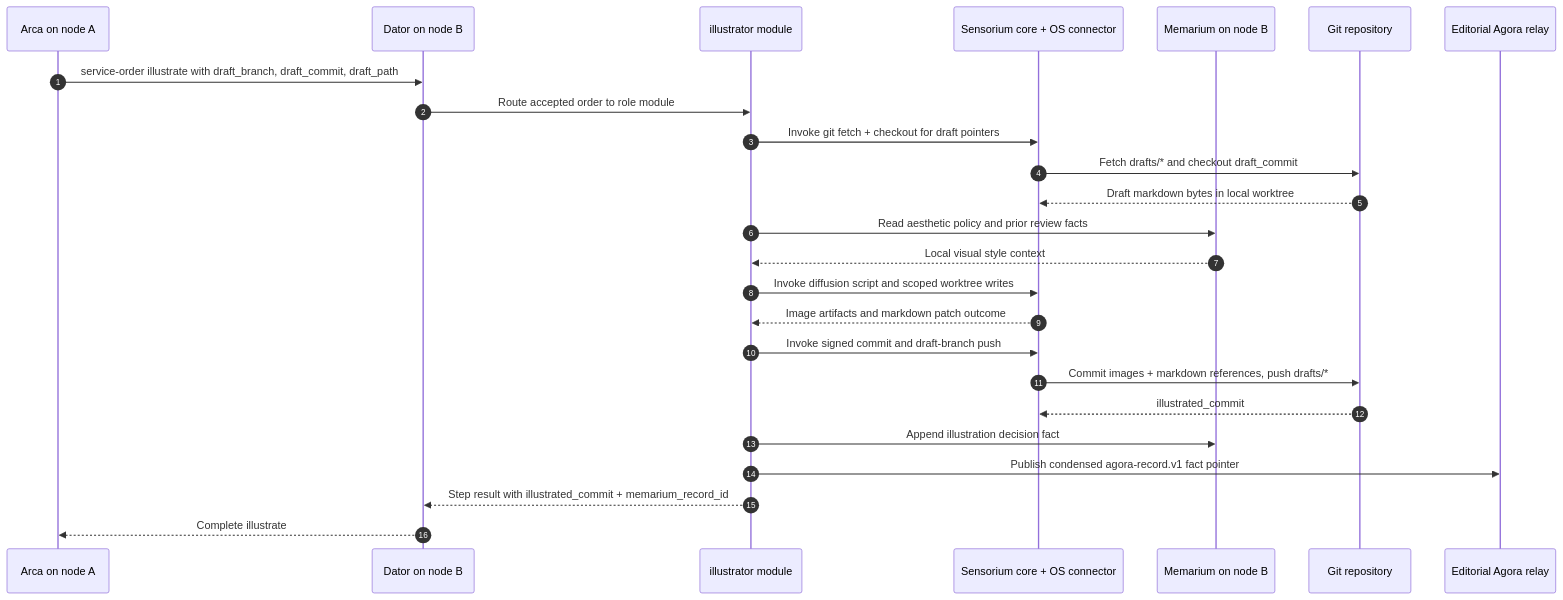
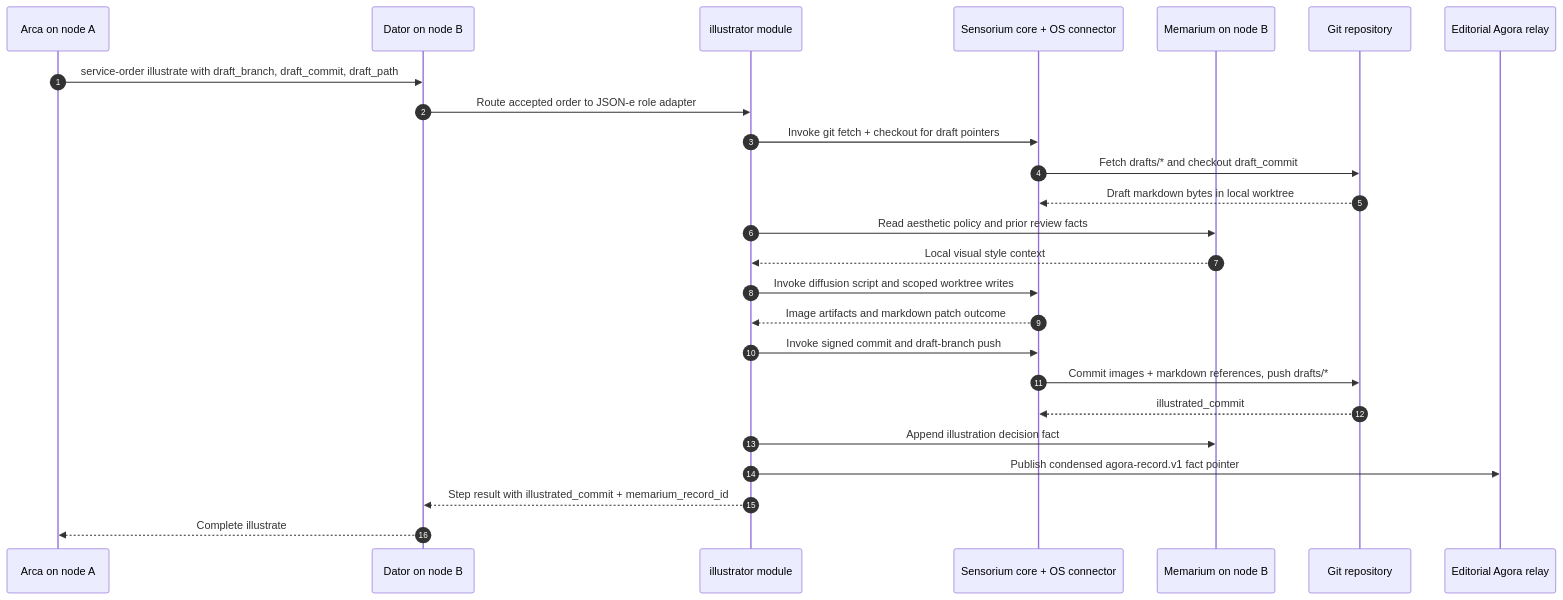
Before and after one commit to diapod/orbidocs: the third of 5 diagrams in doc/project/30-stories/story-009-bielik-blog-arca.md, drawn with Mermaid. The commit also changed other lines of this file and 9 other files, not shown here.

First line of the commit message:
Document Dator and JSON-e flow story-009 profile

````diff
--- a/doc/project/30-stories/story-009-bielik-blog-arca.md
+++ b/doc/project/30-stories/story-009-bielik-blog-arca.md
@@ -959,28 +978,28 @@
 ```mermaid
 sequenceDiagram
     autonumber
     participant ArcaA as Arca on node A
     participant DatorB as Dator on node B
     participant IllustratorB as illustrator module
     participant SensoriumB as Sensorium core + OS connector
     participant MemariumB as Memarium on node B
     participant Git as Git repository
     participant AgoraRelay as Editorial Agora relay
 
     ArcaA->>DatorB: service-order illustrate with draft_branch, draft_commit, draft_path
-    DatorB->>IllustratorB: Route accepted order to role module
+    DatorB->>IllustratorB: Route accepted order to JSON-e role adapter
     IllustratorB->>SensoriumB: Invoke git fetch + checkout for draft pointers
     SensoriumB->>Git: Fetch drafts/* and checkout draft_commit
     Git-->>SensoriumB: Draft markdown bytes in local worktree
     IllustratorB->>MemariumB: Read aesthetic policy and prior review facts
     MemariumB-->>IllustratorB: Local visual style context
     IllustratorB->>SensoriumB: Invoke diffusion script and scoped worktree writes
     SensoriumB-->>IllustratorB: Image artifacts and markdown patch outcome
     IllustratorB->>SensoriumB: Invoke signed commit and draft-branch push
     SensoriumB->>Git: Commit images + markdown references, push drafts/*
     Git-->>SensoriumB: illustrated_commit
     IllustratorB->>MemariumB: Append illustration decision fact
     IllustratorB->>AgoraRelay: Publish condensed agora-record.v1 fact pointer
     IllustratorB-->>DatorB: Step result with illustrated_commit + memarium_record_id
     DatorB-->>ArcaA: Complete illustrate
 ```
````
